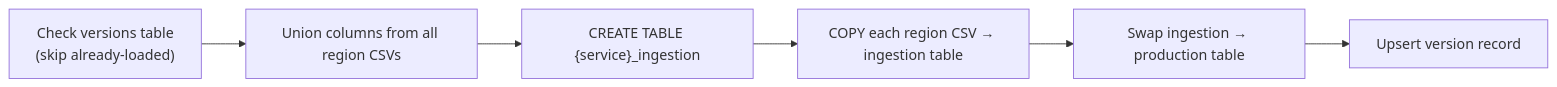
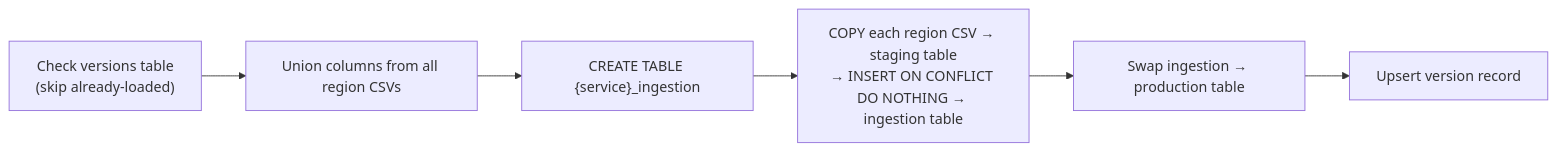
The second of 2 diagrams in README.md (timfanda35/aws-pricing-list-loader), drawn with Mermaid before and after one commit. The commit also changed other lines of this file and 3 other files, not shown here.

First line of the commit message:
fix: deduplicate global pricing items across region CSVs via staging table

````diff
--- a/README.md
+++ b/README.md
@@ -85,8 +85,8 @@
 ```mermaid
 flowchart LR
     L1["Check versions table\n(skip already-loaded)"] --> L2["Union columns from all region CSVs"]
     L2 --> L3["CREATE TABLE {service}_ingestion"]
-    L3 --> L4["COPY each region CSV → ingestion table"]
+    L3 --> L4["COPY each region CSV → staging table\n→ INSERT ON CONFLICT DO NOTHING → ingestion table"]
     L4 --> L5["Swap ingestion → production table"]
     L5 --> L6["Upsert version record"]
 ```
````
